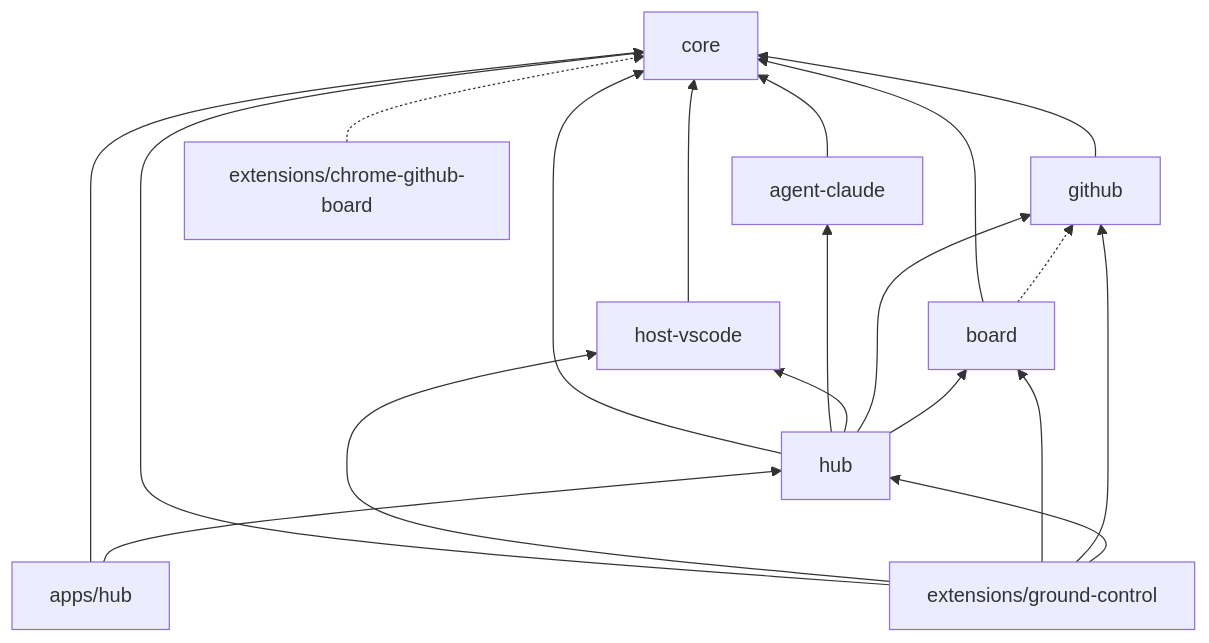
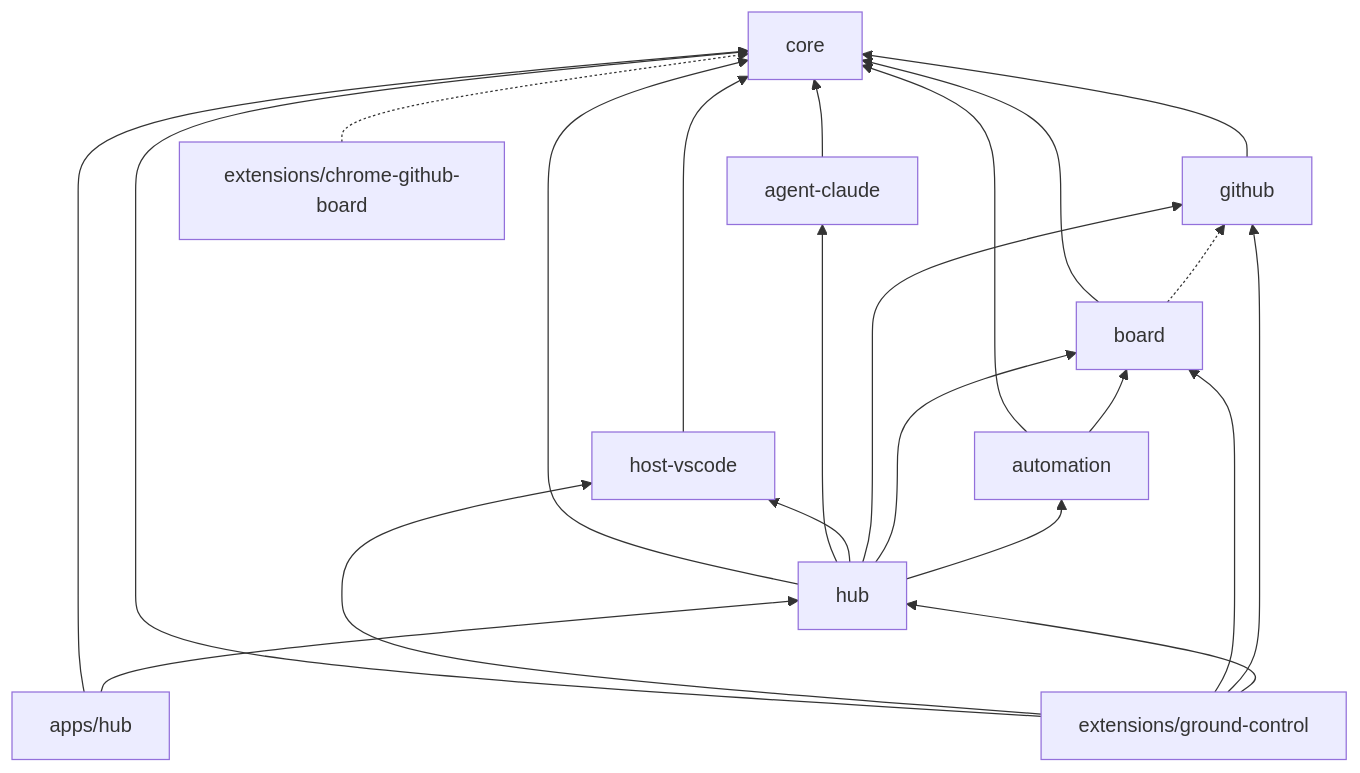
One commit to jon-or/ground-control changed the fourth of 4 diagrams in README.md. Above: the diagram before and after it, drawn with Mermaid. The commit also changed other lines of this file and 75 other files, not shown here.

````diff
--- a/README.md
+++ b/README.md
@@ -143,31 +144,35 @@
 ```mermaid
 flowchart BT
     core["core"]
     claude["agent-claude"]
     hostvs["host-vscode"]
     gh["github"]
     board["board"]
+    automation["automation"]
     hub["hub"]
     appshub["apps/hub"]
     ext["extensions/ground-control"]
     chrome["extensions/chrome-github-board"]
 
     claude --> core
     hostvs --> core
     gh --> core
     board --> core
     board -.-> gh
+    automation --> core
+    automation --> board
     hub --> core
     hub --> claude
     hub --> hostvs
     hub --> gh
     hub --> board
+    hub --> automation
     appshub --> core
     appshub --> hub
     ext --> core
     ext --> hostvs
     ext --> board
     ext --> gh
     ext --> hub
     chrome -.-> core
 ```
````
